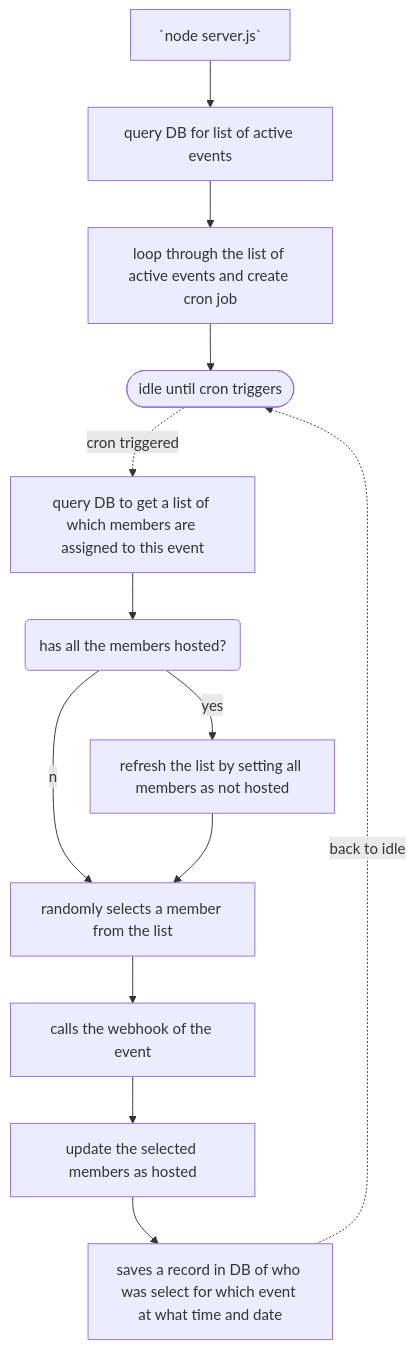
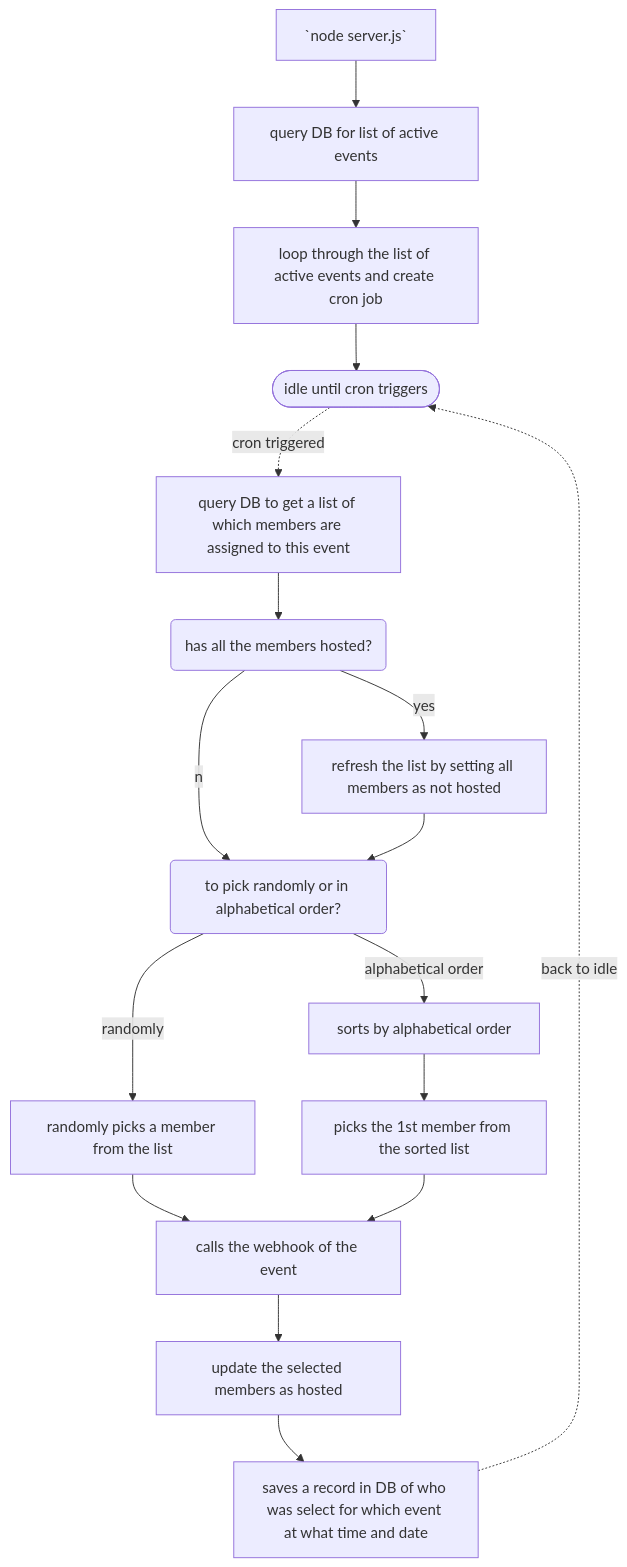
Before and after one commit to eddie-lim/whosthehost: the diagram in README.md, drawn with Mermaid. The commit also changed other lines of this file, not shown here.

````diff
--- a/README.md
+++ b/README.md
@@ -11,15 +11,20 @@
 ```mermaid
   graph TD;
   A[`node server.js`] --> B;
   B[query DB for list of active events] --> C;
   C[loop through the list of active events and create cron job] --> D;
   D([idle until cron triggers]) -.cron triggered.->E;
   E[query DB to get a list of which members are assigned to this event] --> F;
   F(has all the members hosted?) --no--> G;
   F --yes--> H;
   H[refresh the list by setting all members as not hosted] --> G;
-  G[randomly selects a member from the list] --> I;
-  I[calls the webhook of the event] --> J;
-  J[update the selected members as hosted] --> K;
-  K[saves a record in DB of who was select for which event at what time and date] -.back to idle.-> D;
+  G(to pick randomly or in alphabetical order?)
+  G --randomly--> I
+  G --alphabetical order--> J
+  I[randomly picks a member from the list] --> L;
+  J[sorts by alphabetical order] --> K
+  K[picks the 1st member from the sorted list] --> L
+  L[calls the webhook of the event] --> M;
+  M[update the selected members as hosted] --> N;
+  N[saves a record in DB of who was select for which event at what time and date] -.back to idle.-> D;
 ```
````
